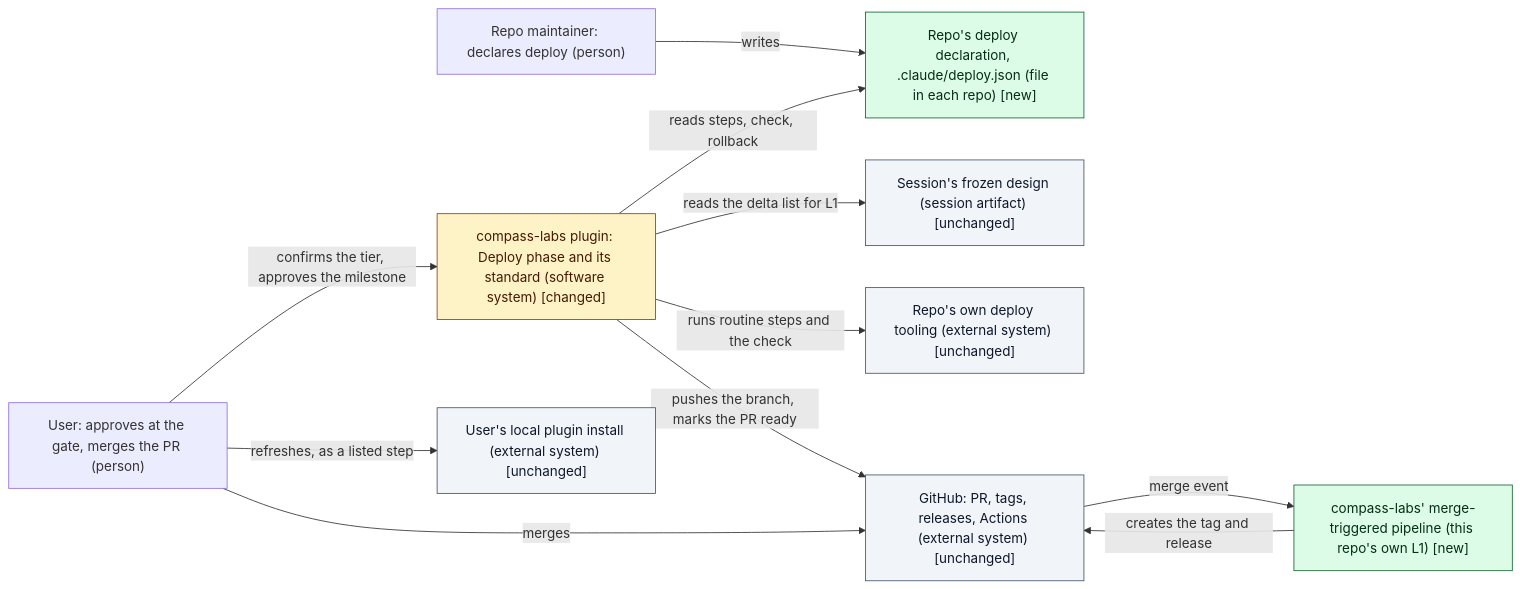
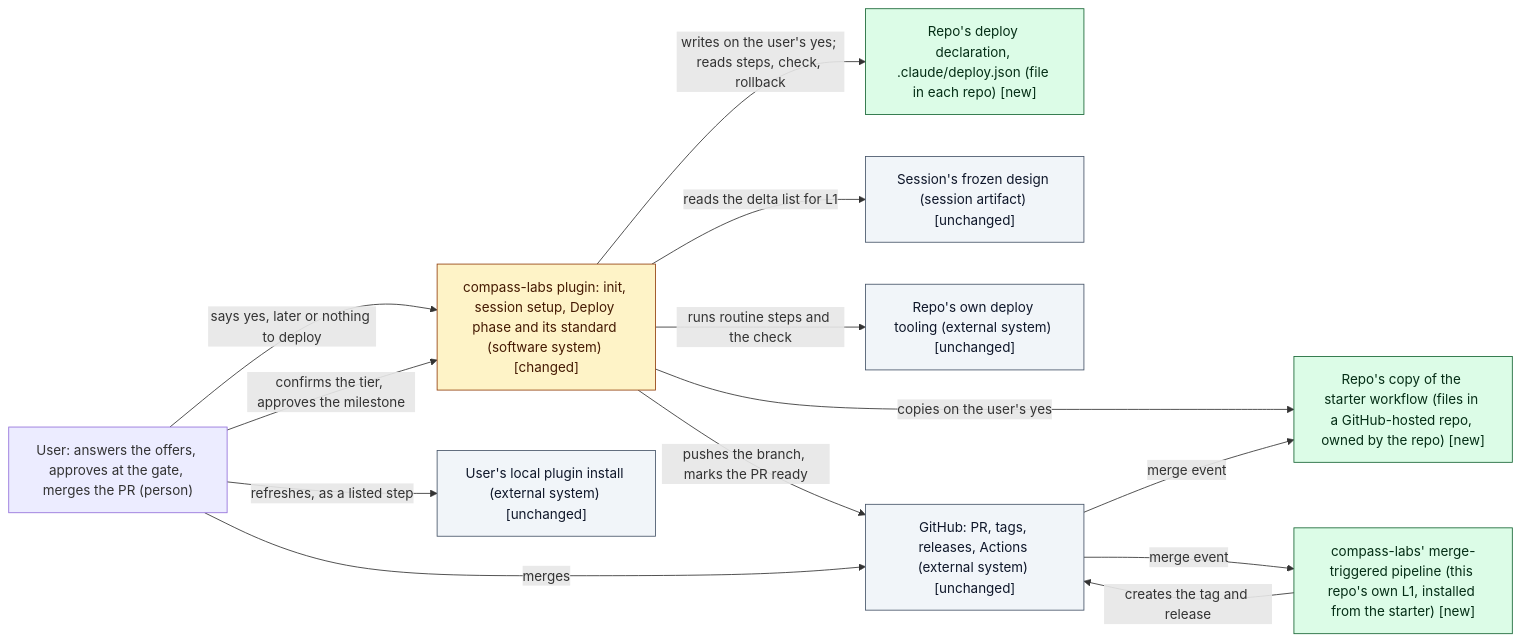
The first of 5 diagrams in docs/sessions/2026-10-24-deploy-phase-depth/design/index.md (dkoenawan/compass-labs), drawn with Mermaid before and after one commit. The commit also changed other lines of this file and 1 other file, not shown here.

````diff
--- a/docs/sessions/2026-10-24-deploy-phase-depth/design/index.md
+++ b/docs/sessions/2026-10-24-deploy-phase-depth/design/index.md
@@ -50,26 +50,28 @@
 ```mermaid
 flowchart LR
   classDef new fill:#DCFCE7,stroke:#166534,color:#052E16
   classDef changed fill:#FEF3C7,stroke:#92400E,color:#451A03
   classDef deprecated fill:#FEE2E2,stroke:#991B1B,color:#450A0A,stroke-dasharray:4 3
   classDef unchanged fill:#F1F5F9,stroke:#475569,color:#0F172A
-  U["User: approves at the gate, merges the PR (person)"]
-  M["Repo maintainer: declares deploy (person)"]
-  PLUGIN["compass-labs plugin: Deploy phase and its standard (software system) [changed]"]:::changed
+  U["User: answers the offers, approves at the gate, merges the PR (person)"]
+  PLUGIN["compass-labs plugin: init, session setup, Deploy phase and its standard (software system) [changed]"]:::changed
   DECL["Repo's deploy declaration, .claude/deploy.json (file in each repo) [new]"]:::new
+  STARTER["Repo's copy of the starter workflow (files in a GitHub-hosted repo, owned by the repo) [new]"]:::new
   DESIGN["Session's frozen design (session artifact) [unchanged]"]:::unchanged
   TOOLS["Repo's own deploy tooling (external system) [unchanged]"]:::unchanged
   HOST["GitHub: PR, tags, releases, Actions (external system) [unchanged]"]:::unchanged
-  PIPE["compass-labs' merge-triggered pipeline (this repo's own L1) [new]"]:::new
+  PIPE["compass-labs' merge-triggered pipeline (this repo's own L1, installed from the starter) [new]"]:::new
   INSTALL["User's local plugin install (external system) [unchanged]"]:::unchanged
-  M -->|"writes"| DECL
-  PLUGIN -->|"reads steps, check, rollback"| DECL
+  U -->|"says yes, later or nothing to deploy"| PLUGIN
+  PLUGIN -->|"writes on the user's yes; reads steps, check, rollback"| DECL
+  PLUGIN -->|"copies on the user's yes"| STARTER
   PLUGIN -->|"reads the delta list for L1"| DESIGN
   PLUGIN -->|"runs routine steps and the check"| TOOLS
   PLUGIN -->|"pushes the branch, marks the PR ready"| HOST
   U -->|"confirms the tier, approves the milestone"| PLUGIN
   U -->|"merges"| HOST
   HOST -->|"merge event"| PIPE
+  HOST -->|"merge event"| STARTER
   PIPE -->|"creates the tag and release"| HOST
   U -->|"refreshes, as a listed step"| INSTALL
 ```
````
